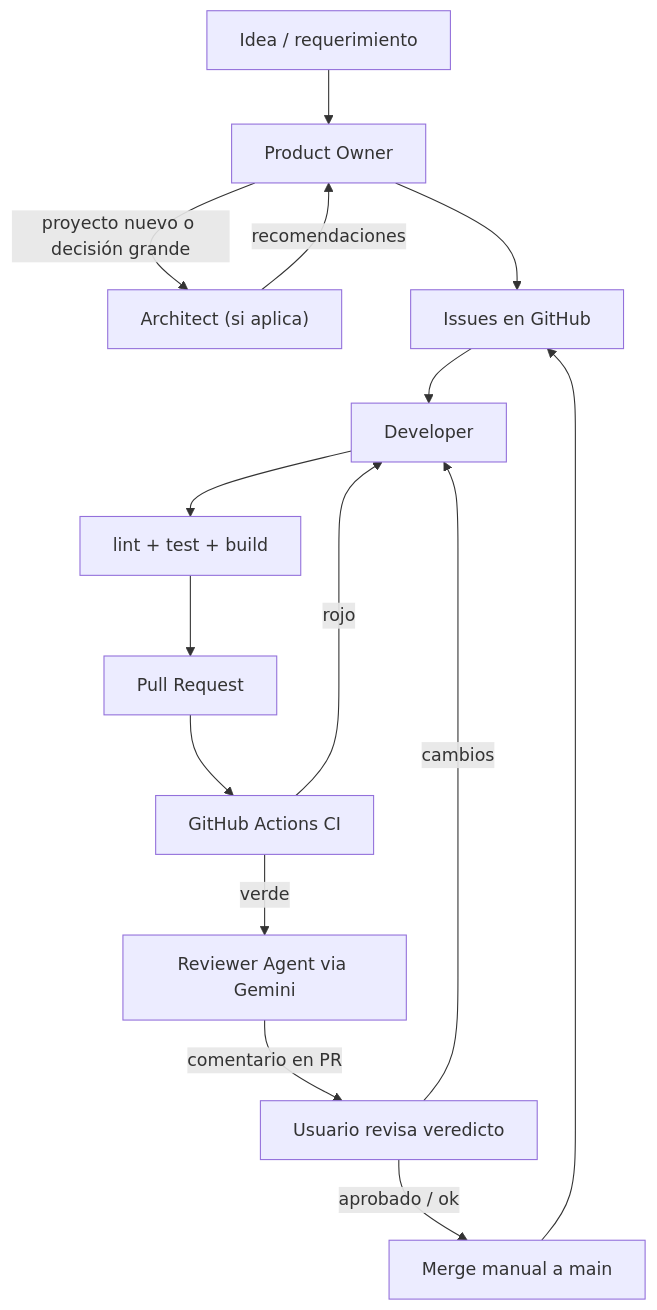
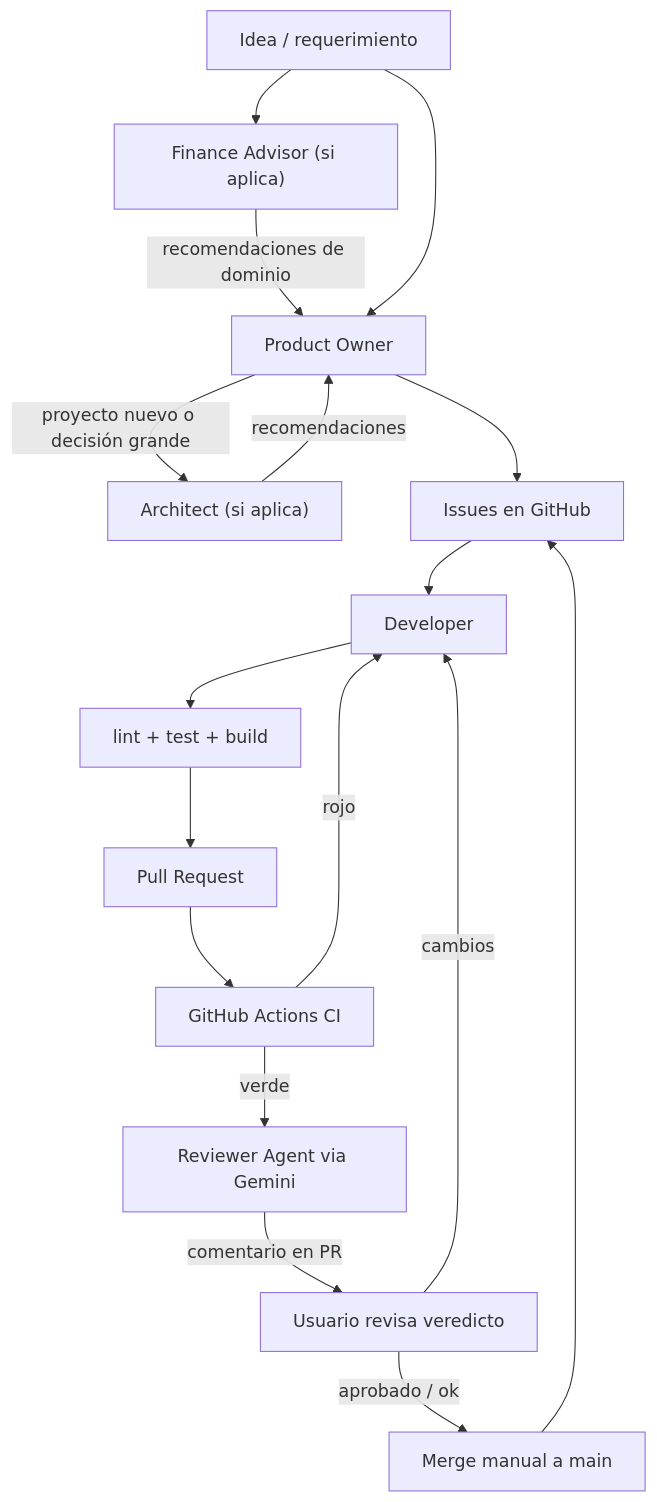
The diagram in standards/agent-workflow.md (frangiuliano/ai-software-company), drawn with Mermaid before and after one commit. The commit also changed other lines of this file and 4 other files, not shown here.

First line of the commit message:
feat: add Finance Advisor agent and /fin command

````diff
--- a/standards/agent-workflow.md
+++ b/standards/agent-workflow.md
@@ -21,29 +22,32 @@
 ```mermaid
 flowchart TD
     Idea["Idea / requerimiento"]
     PO["Product Owner"]
+    Fin["Finance Advisor (si aplica)"]
     Arch["Architect (si aplica)"]
     Issues["Issues en GitHub"]
     Dev["Developer"]
     PrePush["lint + test + build"]
     PR["Pull Request"]
     CI["GitHub Actions CI"]
     Rev["Reviewer Agent via Gemini"]
     Human["Usuario revisa veredicto"]
     Merge["Merge manual a main"]
 
+    Idea --> Fin
+    Fin -->|recomendaciones de dominio| PO
     Idea --> PO
     PO -->|proyecto nuevo o decisión grande| Arch
     Arch -->|recomendaciones| PO
     PO --> Issues
     Issues --> Dev
     Dev --> PrePush
     PrePush --> PR
     PR --> CI
     CI -->|verde| Rev
     CI -->|rojo| Dev
     Rev -->|comentario en PR| Human
     Human -->|aprobado / ok| Merge
     Human -->|cambios| Dev
     Merge --> Issues
 ```
````
